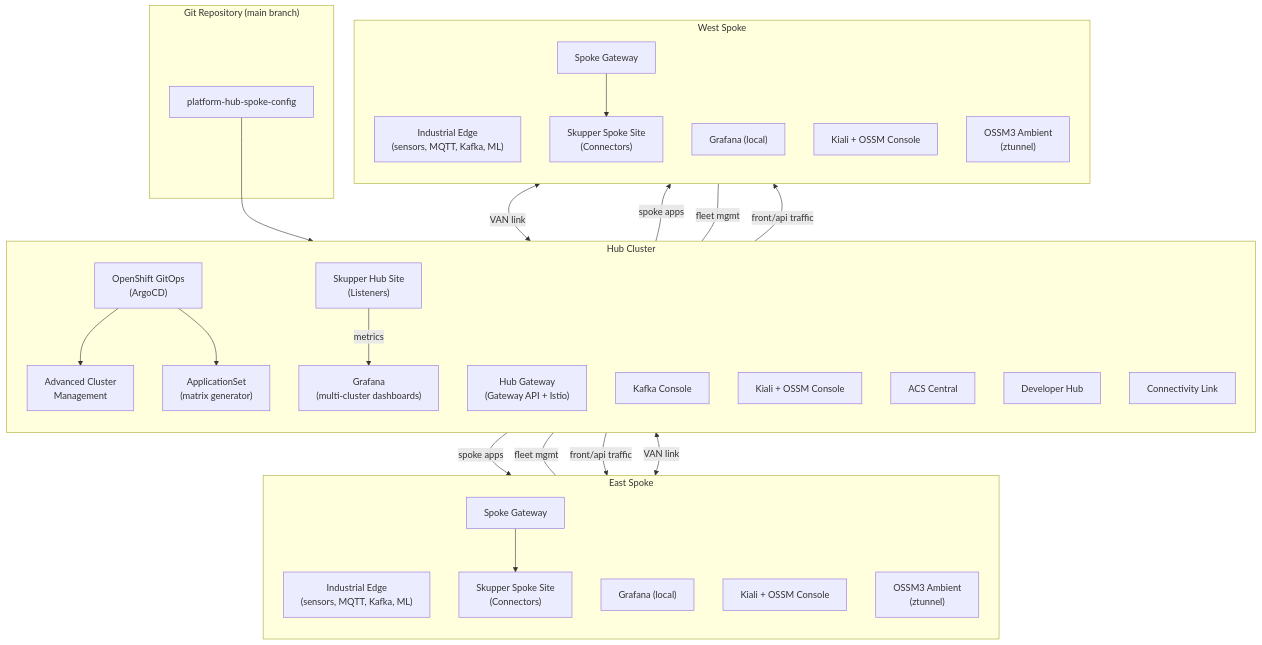
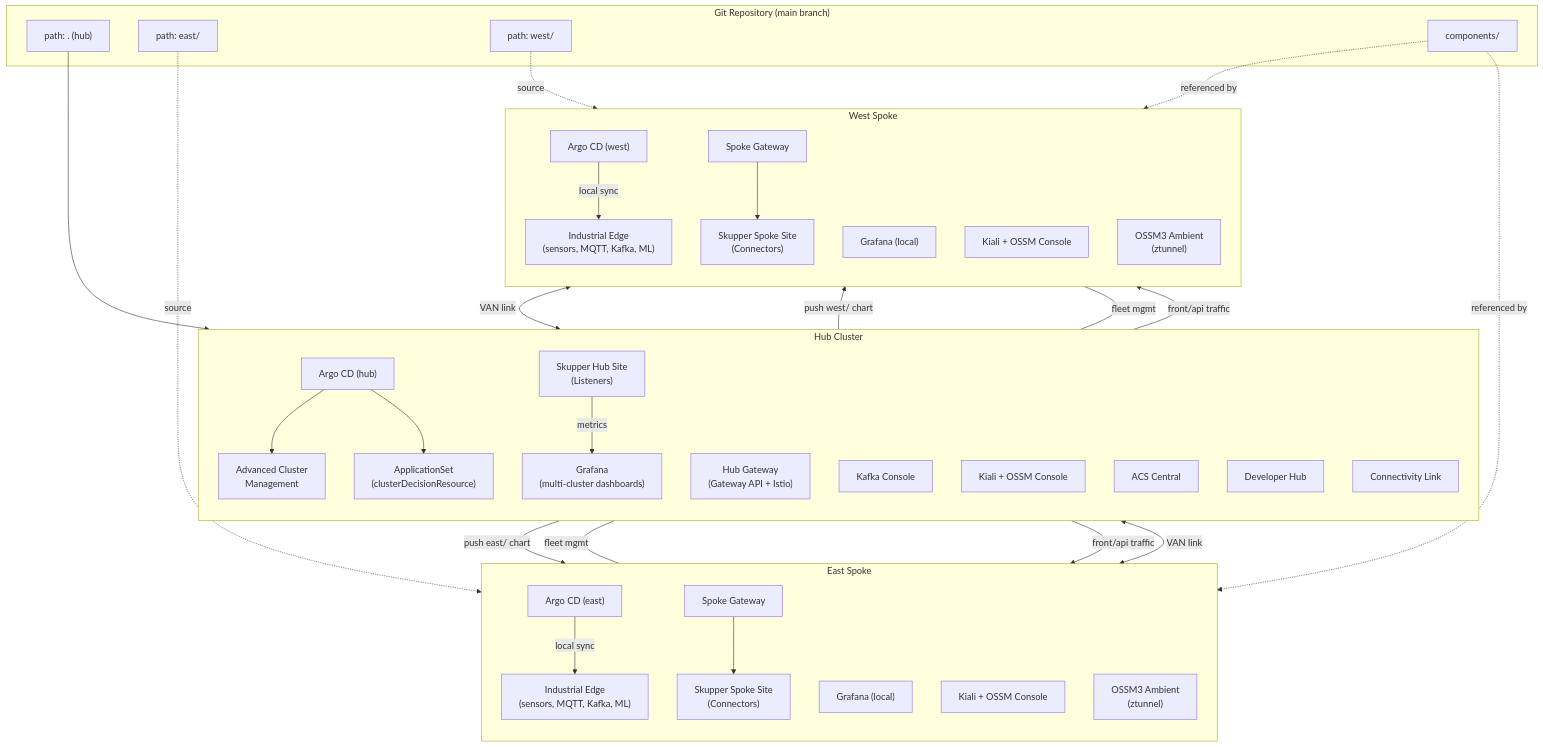
Before and after one commit to maximilianoPizarro/platform-hub-spoke-config: the first of 7 diagrams in docs/architecture.md, drawn with Mermaid. The commit also changed other lines of this file and 18 other files, not shown here.

First line of the commit message:
feat: remote GitOps model, spoke charts, dark Mermaid, CI lint east/west

````diff
--- a/docs/architecture.md
+++ b/docs/architecture.md
@@ -26,56 +26,67 @@
 ```mermaid
 flowchart TB
   subgraph Git["Git Repository (main branch)"]
-    REPO["platform-hub-spoke-config"]
+    ROOT["path: .  (hub)"]
+    EAST_DIR["path: east/"]
+    WEST_DIR["path: west/"]
+    COMP["components/"]
   end
 
   subgraph Hub["Hub Cluster"]
     direction TB
-    ARGO["OpenShift GitOps<br/>(ArgoCD)"]
+    ARGO_H["Argo CD (hub)"]
     ACM["Advanced Cluster<br/>Management"]
-    APPSET["ApplicationSet<br/>(matrix generator)"]
+    APPSET["ApplicationSet<br/>(clusterDecisionResource)"]
     GW["Hub Gateway<br/>(Gateway API + Istio)"]
     GRAFANA["Grafana<br/>(multi-cluster dashboards)"]
     KAFKA_C["Kafka Console"]
     KIALI_H["Kiali + OSSM Console"]
     ACS_C["ACS Central"]
     DEVHUB["Developer Hub"]
     SKUPPER_H["Skupper Hub Site<br/>(Listeners)"]
     RHCL["Connectivity Link"]
   end
 
   subgraph East["East Spoke"]
     direction TB
+    ARGO_E["Argo CD (east)"]
     IE_E["Industrial Edge<br/>(sensors, MQTT, Kafka, ML)"]
     SGW_E["Spoke Gateway"]
     SKUPPER_E["Skupper Spoke Site<br/>(Connectors)"]
     GRAFANA_E["Grafana (local)"]
     KIALI_E["Kiali + OSSM Console"]
     MESH_E["OSSM3 Ambient<br/>(ztunnel)"]
   end
 
   subgraph West["West Spoke"]
     direction TB
+    ARGO_W["Argo CD (west)"]
     IE_W["Industrial Edge<br/>(sensors, MQTT, Kafka, ML)"]
     SGW_W["Spoke Gateway"]
     SKUPPER_W["Skupper Spoke Site<br/>(Connectors)"]
     GRAFANA_W["Grafana (local)"]
     KIALI_W["Kiali + OSSM Console"]
     MESH_W["OSSM3 Ambient<br/>(ztunnel)"]
   end
 
-  REPO --> ARGO
-  ARGO --> ACM
-  ARGO --> APPSET
-  APPSET -->|"spoke apps"| East
-  APPSET -->|"spoke apps"| West
+  ROOT --> ARGO_H
+  ARGO_H --> ACM
+  ARGO_H --> APPSET
+  APPSET -->|"push east/ chart"| ARGO_E
+  APPSET -->|"push west/ chart"| ARGO_W
+  EAST_DIR -.->|"source"| ARGO_E
+  WEST_DIR -.->|"source"| ARGO_W
+  COMP -.->|"referenced by"| ARGO_E
+  COMP -.->|"referenced by"| ARGO_W
+  ARGO_E -->|"local sync"| IE_E
+  ARGO_W -->|"local sync"| IE_W
   ACM ---|"fleet mgmt"| East
   ACM ---|"fleet mgmt"| West
   GW -->|"front/api traffic"| East
   GW -->|"front/api traffic"| West
   SKUPPER_E <-->|"VAN link"| SKUPPER_H
   SKUPPER_W <-->|"VAN link"| SKUPPER_H
   SKUPPER_H -->|"metrics"| GRAFANA
   SGW_E --> SKUPPER_E
   SGW_W --> SKUPPER_W
 ```
````
